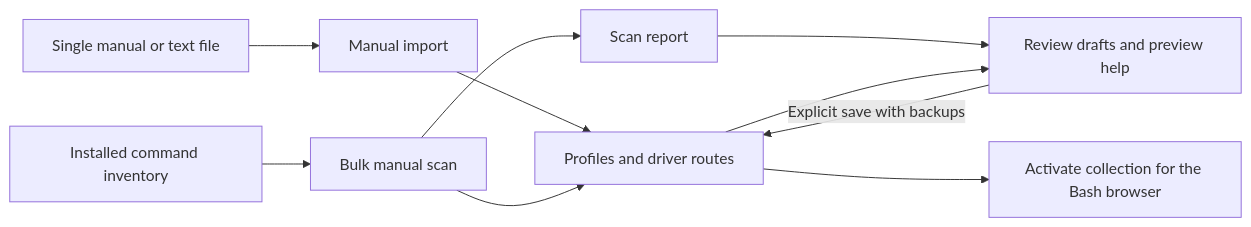
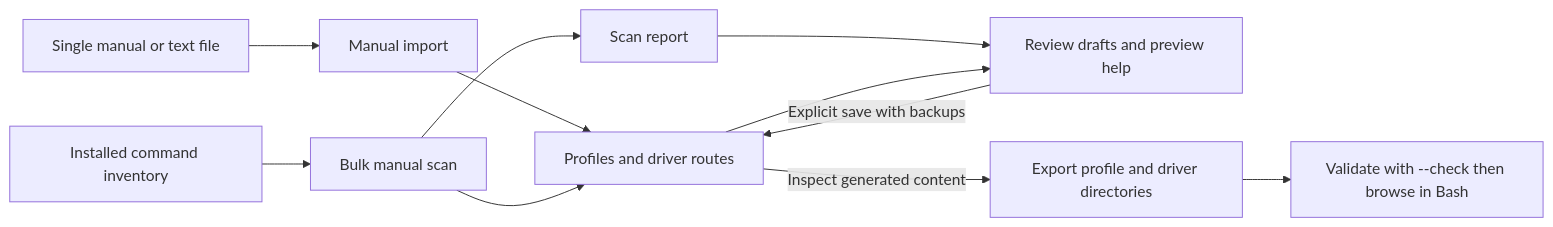
Before and after one commit to Usrnmna/CLI-InteractiveHelpMenu: the diagram in docs/README.md, drawn with Mermaid. The commit also changed other lines of this file and 58 other files, not shown here.

````diff
--- a/docs/README.md
+++ b/docs/README.md
@@ -31,12 +36,13 @@
 ```mermaid
 flowchart LR
     M[Single manual or text file] --> I[Manual import]
     C[Installed command inventory] --> S[Bulk manual scan]
     I --> P[Profiles and driver routes]
     S --> P
     S --> R[Scan report]
     R --> V[Review drafts and preview help]
     P --> V
     V -->|Explicit save with backups| P
-    P --> A[Activate collection for the Bash browser]
+    P -->|Inspect generated content| A[Export profile and driver directories]
+    A --> K[Validate with --check then browse in Bash]
 ```
````
